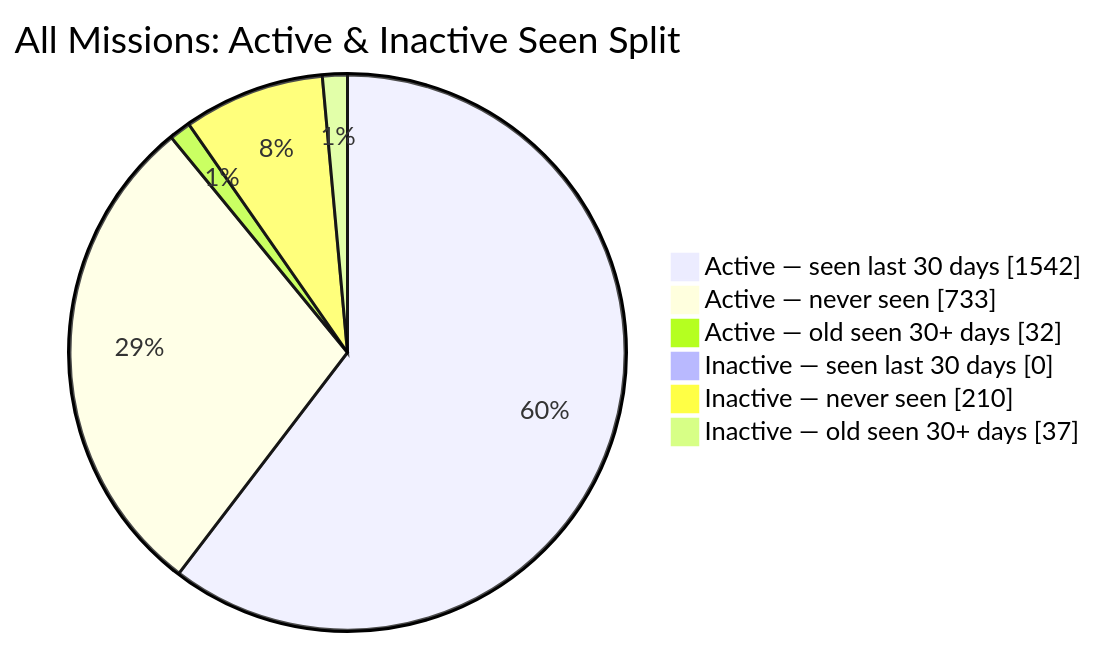
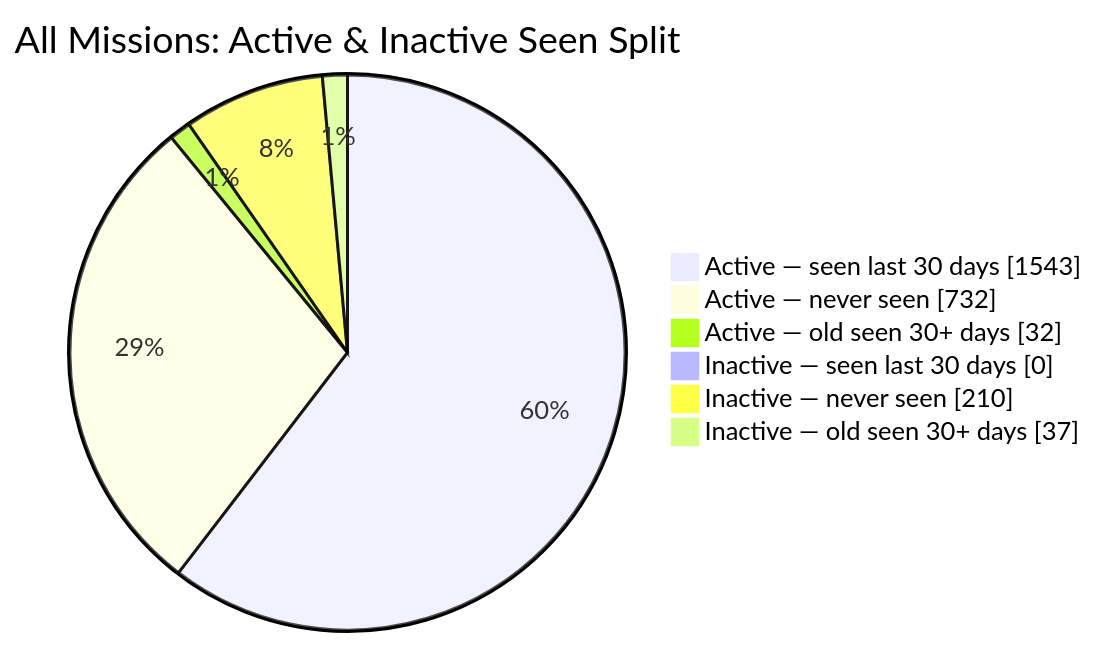
The second of 2 diagrams in README.md (MeldkamerspelGameTeam/active-missions), drawn with Mermaid before and after one commit. The commit also changed other lines of this file and 3 other files, not shown here.

````diff
--- a/README.md
+++ b/README.md
@@ -44,10 +44,10 @@
 ```mermaid
 pie showData
     title All Missions: Active & Inactive Seen Split
-    "Active — seen last 30 days" : 1542
-    "Active — never seen" : 733
+    "Active — seen last 30 days" : 1543
+    "Active — never seen" : 732
     "Active — old seen 30+ days" : 32
     "Inactive — seen last 30 days" : 0
     "Inactive — never seen" : 210
     "Inactive — old seen 30+ days" : 37
 ```
````
